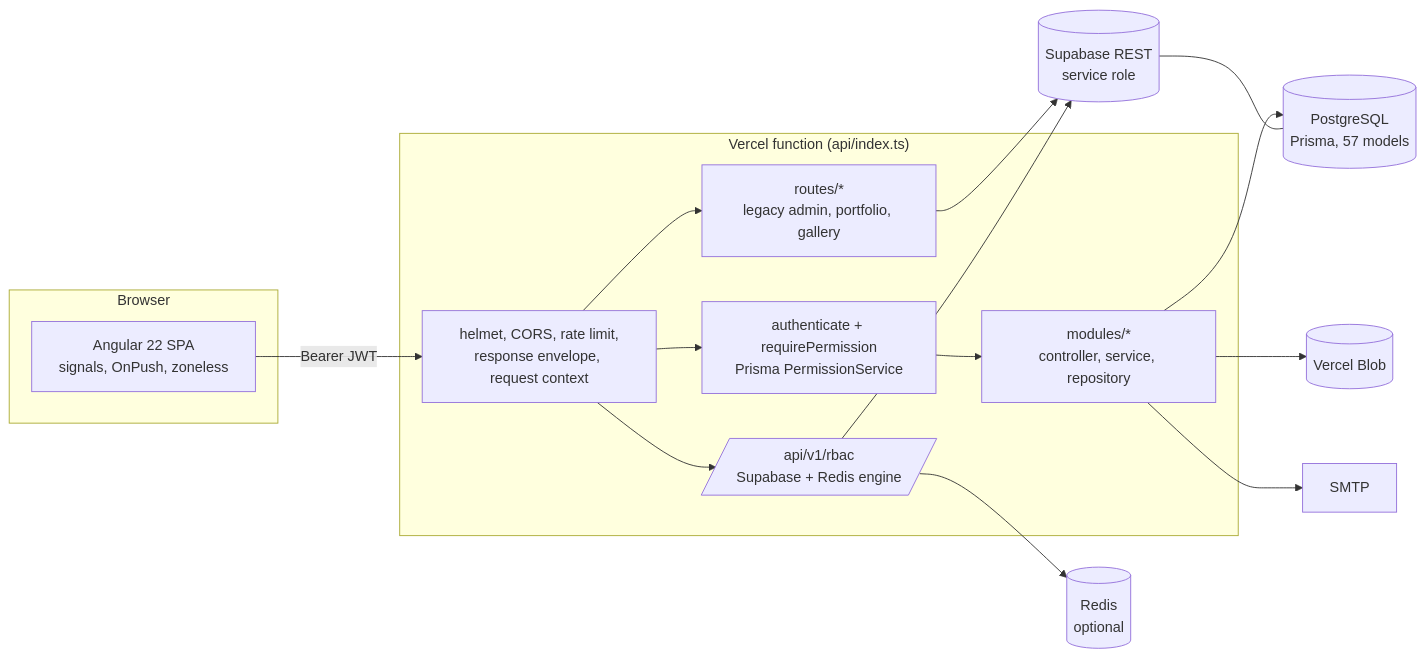
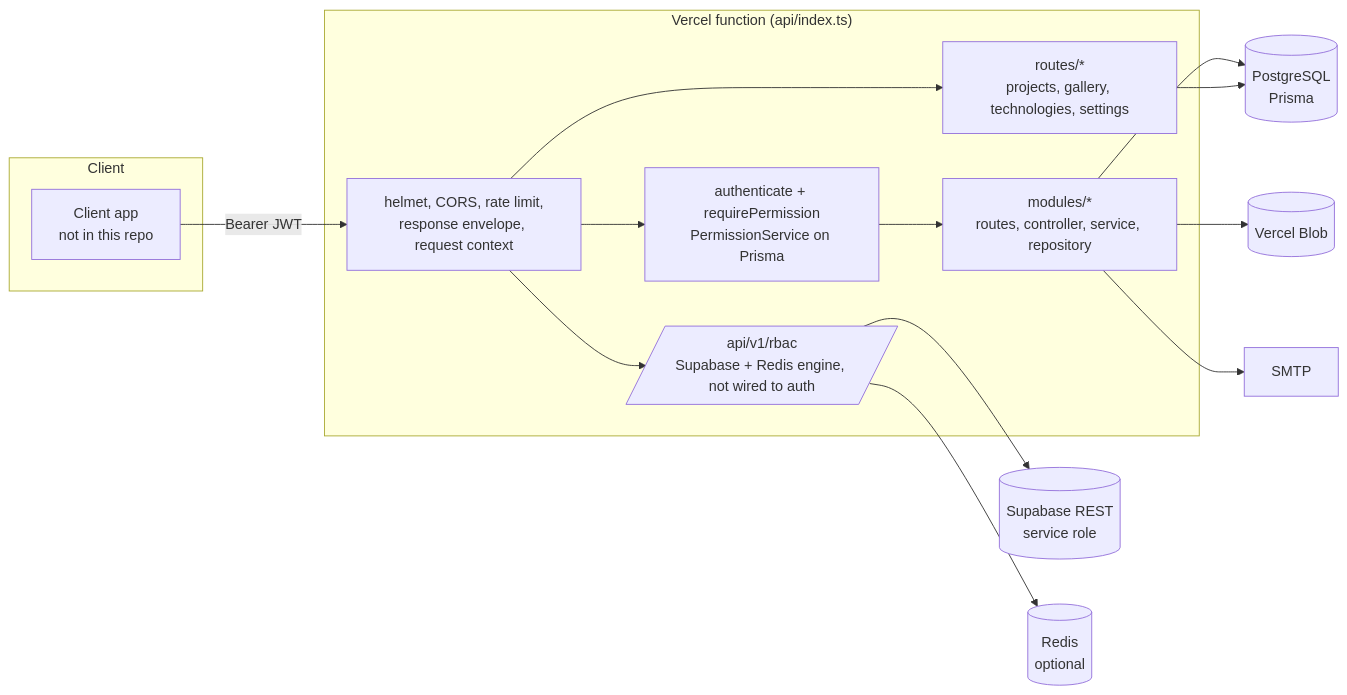
The diagram in docs/review/APPLICATION_REVIEW.md (Rabinramarajan/zellavora-control-center), drawn with Mermaid before and after one commit. The commit also changed other lines of this file and 3 other files, not shown here.

````diff
--- a/docs/review/APPLICATION_REVIEW.md
+++ b/docs/review/APPLICATION_REVIEW.md
@@ -56,25 +55,24 @@
 ```mermaid
 flowchart LR
-  subgraph Browser
-    SPA[Angular 22 SPA<br/>signals, OnPush, zoneless]
+  subgraph Client
+    SPA[Client app<br/>not in this repo]
   end
   subgraph Vercel["Vercel function (api/index.ts)"]
     MW[helmet, CORS, rate limit,<br/>response envelope, request context]
-    AUTH[authenticate + requirePermission<br/>Prisma PermissionService]
-    MODS[modules/*<br/>controller, service, repository]
-    LEGACY[routes/*<br/>legacy admin, portfolio, gallery]
-    RBAC[/api/v1/rbac<br/>Supabase + Redis engine/]
+    AUTH[authenticate + requirePermission<br/>PermissionService on Prisma]
+    MODS[modules/*<br/>routes, controller, service, repository]
+    LEGACY[routes/*<br/>projects, gallery, technologies, settings]
+    RBAC[/api/v1/rbac<br/>Supabase + Redis engine, not wired to auth/]
   end
-  PG[(PostgreSQL<br/>Prisma, 57 models)]
+  PG[(PostgreSQL<br/>Prisma)]
   SB[(Supabase REST<br/>service role)]
   REDIS[(Redis<br/>optional)]
   BLOB[(Vercel Blob)]
   SMTP[SMTP]
   SPA -->|Bearer JWT| MW --> AUTH --> MODS --> PG
-  MW --> LEGACY --> SB
+  MW --> LEGACY --> PG
   MW --> RBAC --> SB
   RBAC --> REDIS
   MODS --> BLOB
   MODS --> SMTP
-  SB --- PG
 ```
````
